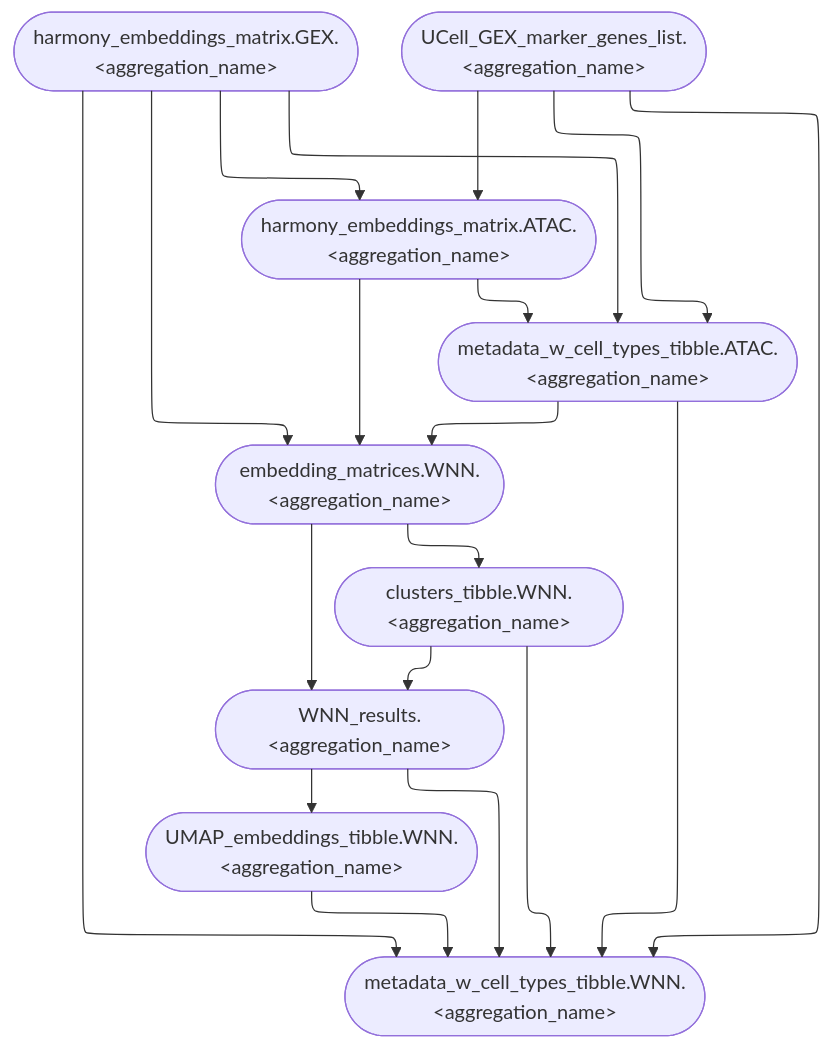
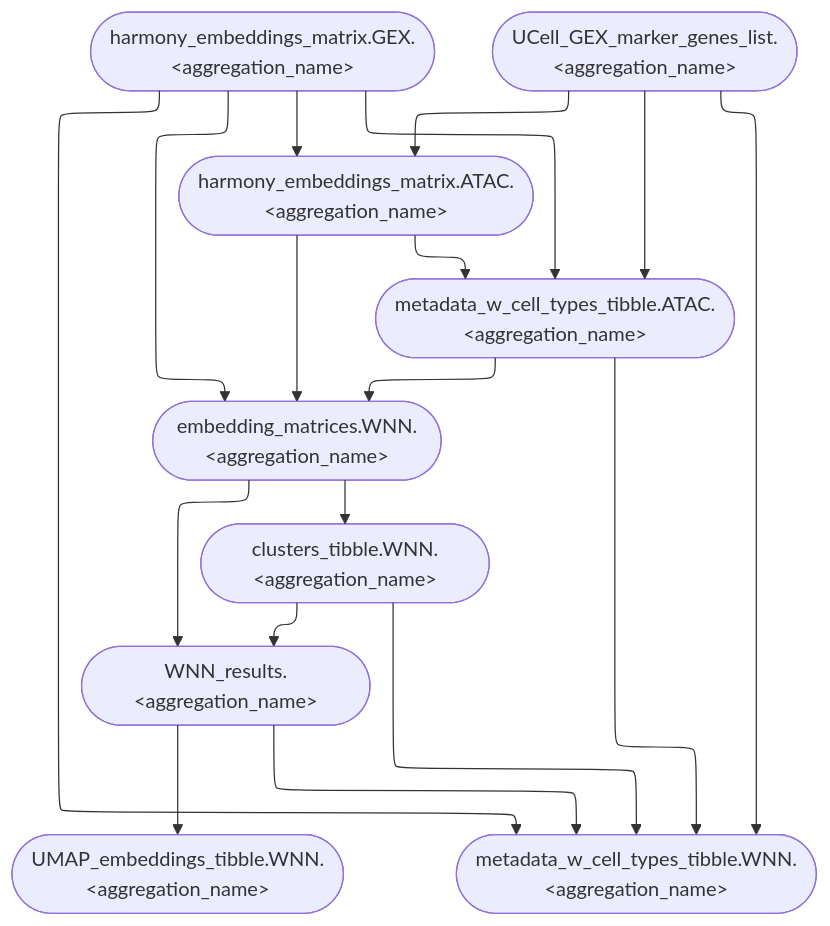
One commit to koefoeden/multiomeR changed the diagram in website/figures/human_curated/WNN_v2.mmd. Above: the diagram before and after it, drawn with Mermaid. The commit also changed 13 other files, not shown here.

First line of the commit message:
Refresh the manual's graphs, demo outputs and defaults

```diff
--- a/website/figures/human_curated/WNN_v2.mmd
+++ b/website/figures/human_curated/WNN_v2.mmd
@@ -1,20 +1,19 @@
 %%{init: {'flowchart': {'defaultRenderer': 'elk'}}}%%
 flowchart TB
+  harmony_embeddings_matrix.ATAC.ENCODE_heart_LV_6x(["harmony_embeddings_matrix.ATAC.&lt;aggregation_name&gt;"]):::none --> embedding_matrices.WNN.ENCODE_heart_LV_6x(["embedding_matrices.WNN.&lt;aggregation_name&gt;"]):::none
+  metadata_w_cell_types_tibble.ATAC.ENCODE_heart_LV_6x(["metadata_w_cell_types_tibble.ATAC.&lt;aggregation_name&gt;"]):::none --> embedding_matrices.WNN.ENCODE_heart_LV_6x(["embedding_matrices.WNN.&lt;aggregation_name&gt;"]):::none
   harmony_embeddings_matrix.GEX.ENCODE_heart_LV_6x(["harmony_embeddings_matrix.GEX.&lt;aggregation_name&gt;"]):::none --> embedding_matrices.WNN.ENCODE_heart_LV_6x(["embedding_matrices.WNN.&lt;aggregation_name&gt;"]):::none
-  metadata_w_cell_types_tibble.ATAC.ENCODE_heart_LV_6x(["metadata_w_cell_types_tibble.ATAC.&lt;aggregation_name&gt;"]):::none --> embedding_matrices.WNN.ENCODE_heart_LV_6x(["embedding_matrices.WNN.&lt;aggregation_name&gt;"]):::none
-  harmony_embeddings_matrix.ATAC.ENCODE_heart_LV_6x(["harmony_embeddings_matrix.ATAC.&lt;aggregation_name&gt;"]):::none --> embedding_matrices.WNN.ENCODE_heart_LV_6x(["embedding_matrices.WNN.&lt;aggregation_name&gt;"]):::none
   WNN_results.ENCODE_heart_LV_6x(["WNN_results.&lt;aggregation_name&gt;"]):::none --> UMAP_embeddings_tibble.WNN.ENCODE_heart_LV_6x(["UMAP_embeddings_tibble.WNN.&lt;aggregation_name&gt;"]):::none
+  embedding_matrices.WNN.ENCODE_heart_LV_6x(["embedding_matrices.WNN.&lt;aggregation_name&gt;"]):::none --> WNN_results.ENCODE_heart_LV_6x(["WNN_results.&lt;aggregation_name&gt;"]):::none
   clusters_tibble.WNN.ENCODE_heart_LV_6x(["clusters_tibble.WNN.&lt;aggregation_name&gt;"]):::none --> WNN_results.ENCODE_heart_LV_6x(["WNN_results.&lt;aggregation_name&gt;"]):::none
-  embedding_matrices.WNN.ENCODE_heart_LV_6x(["embedding_matrices.WNN.&lt;aggregation_name&gt;"]):::none --> WNN_results.ENCODE_heart_LV_6x(["WNN_results.&lt;aggregation_name&gt;"]):::none
   harmony_embeddings_matrix.GEX.ENCODE_heart_LV_6x(["harmony_embeddings_matrix.GEX.&lt;aggregation_name&gt;"]):::none --> harmony_embeddings_matrix.ATAC.ENCODE_heart_LV_6x(["harmony_embeddings_matrix.ATAC.&lt;aggregation_name&gt;"]):::none
   UCell_GEX_marker_genes_list.ENCODE_heart_LV_6x(["UCell_GEX_marker_genes_list.&lt;aggregation_name&gt;"]):::none --> harmony_embeddings_matrix.ATAC.ENCODE_heart_LV_6x(["harmony_embeddings_matrix.ATAC.&lt;aggregation_name&gt;"]):::none
   harmony_embeddings_matrix.GEX.ENCODE_heart_LV_6x(["harmony_embeddings_matrix.GEX.&lt;aggregation_name&gt;"]):::none --> metadata_w_cell_types_tibble.ATAC.ENCODE_heart_LV_6x(["metadata_w_cell_types_tibble.ATAC.&lt;aggregation_name&gt;"]):::none
   UCell_GEX_marker_genes_list.ENCODE_heart_LV_6x(["UCell_GEX_marker_genes_list.&lt;aggregation_name&gt;"]):::none --> metadata_w_cell_types_tibble.ATAC.ENCODE_heart_LV_6x(["metadata_w_cell_types_tibble.ATAC.&lt;aggregation_name&gt;"]):::none
   harmony_embeddings_matrix.ATAC.ENCODE_heart_LV_6x(["harmony_embeddings_matrix.ATAC.&lt;aggregation_name&gt;"]):::none --> metadata_w_cell_types_tibble.ATAC.ENCODE_heart_LV_6x(["metadata_w_cell_types_tibble.ATAC.&lt;aggregation_name&gt;"]):::none
-  UCell_GEX_marker_genes_list.ENCODE_heart_LV_6x(["UCell_GEX_marker_genes_list.&lt;aggregation_name&gt;"]):::none --> metadata_w_cell_types_tibble.WNN.ENCODE_heart_LV_6x(["metadata_w_cell_types_tibble.WNN.&lt;aggregation_name&gt;"]):::none
-  UMAP_embeddings_tibble.WNN.ENCODE_heart_LV_6x(["UMAP_embeddings_tibble.WNN.&lt;aggregation_name&gt;"]):::none --> metadata_w_cell_types_tibble.WNN.ENCODE_heart_LV_6x(["metadata_w_cell_types_tibble.WNN.&lt;aggregation_name&gt;"]):::none
+  clusters_tibble.WNN.ENCODE_heart_LV_6x(["clusters_tibble.WNN.&lt;aggregation_name&gt;"]):::none --> metadata_w_cell_types_tibble.WNN.ENCODE_heart_LV_6x(["metadata_w_cell_types_tibble.WNN.&lt;aggregation_name&gt;"]):::none
   WNN_results.ENCODE_heart_LV_6x(["WNN_results.&lt;aggregation_name&gt;"]):::none --> metadata_w_cell_types_tibble.WNN.ENCODE_heart_LV_6x(["metadata_w_cell_types_tibble.WNN.&lt;aggregation_name&gt;"]):::none
   metadata_w_cell_types_tibble.ATAC.ENCODE_heart_LV_6x(["metadata_w_cell_types_tibble.ATAC.&lt;aggregation_name&gt;"]):::none --> metadata_w_cell_types_tibble.WNN.ENCODE_heart_LV_6x(["metadata_w_cell_types_tibble.WNN.&lt;aggregation_name&gt;"]):::none
-  clusters_tibble.WNN.ENCODE_heart_LV_6x(["clusters_tibble.WNN.&lt;aggregation_name&gt;"]):::none --> metadata_w_cell_types_tibble.WNN.ENCODE_heart_LV_6x(["metadata_w_cell_types_tibble.WNN.&lt;aggregation_name&gt;"]):::none
+  UCell_GEX_marker_genes_list.ENCODE_heart_LV_6x(["UCell_GEX_marker_genes_list.&lt;aggregation_name&gt;"]):::none --> metadata_w_cell_types_tibble.WNN.ENCODE_heart_LV_6x(["metadata_w_cell_types_tibble.WNN.&lt;aggregation_name&gt;"]):::none
   harmony_embeddings_matrix.GEX.ENCODE_heart_LV_6x(["harmony_embeddings_matrix.GEX.&lt;aggregation_name&gt;"]):::none --> metadata_w_cell_types_tibble.WNN.ENCODE_heart_LV_6x(["metadata_w_cell_types_tibble.WNN.&lt;aggregation_name&gt;"]):::none
   embedding_matrices.WNN.ENCODE_heart_LV_6x(["embedding_matrices.WNN.&lt;aggregation_name&gt;"]):::none --> clusters_tibble.WNN.ENCODE_heart_LV_6x(["clusters_tibble.WNN.&lt;aggregation_name&gt;"]):::none
```
